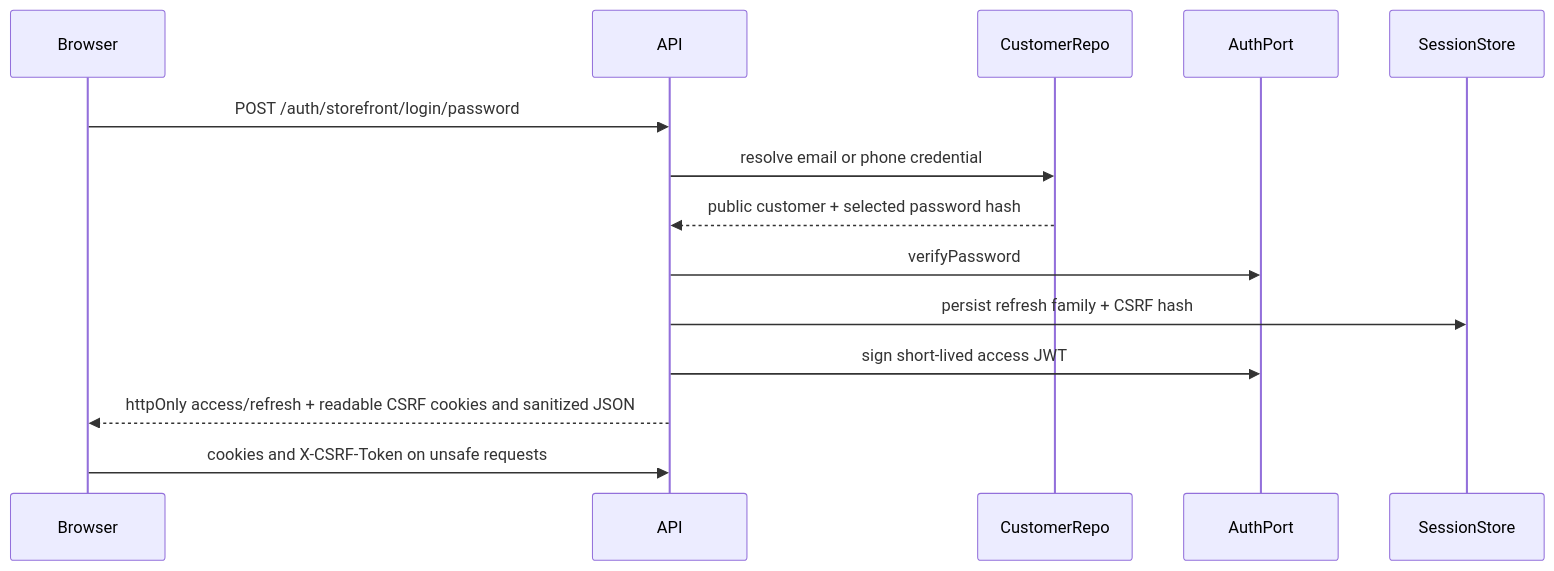
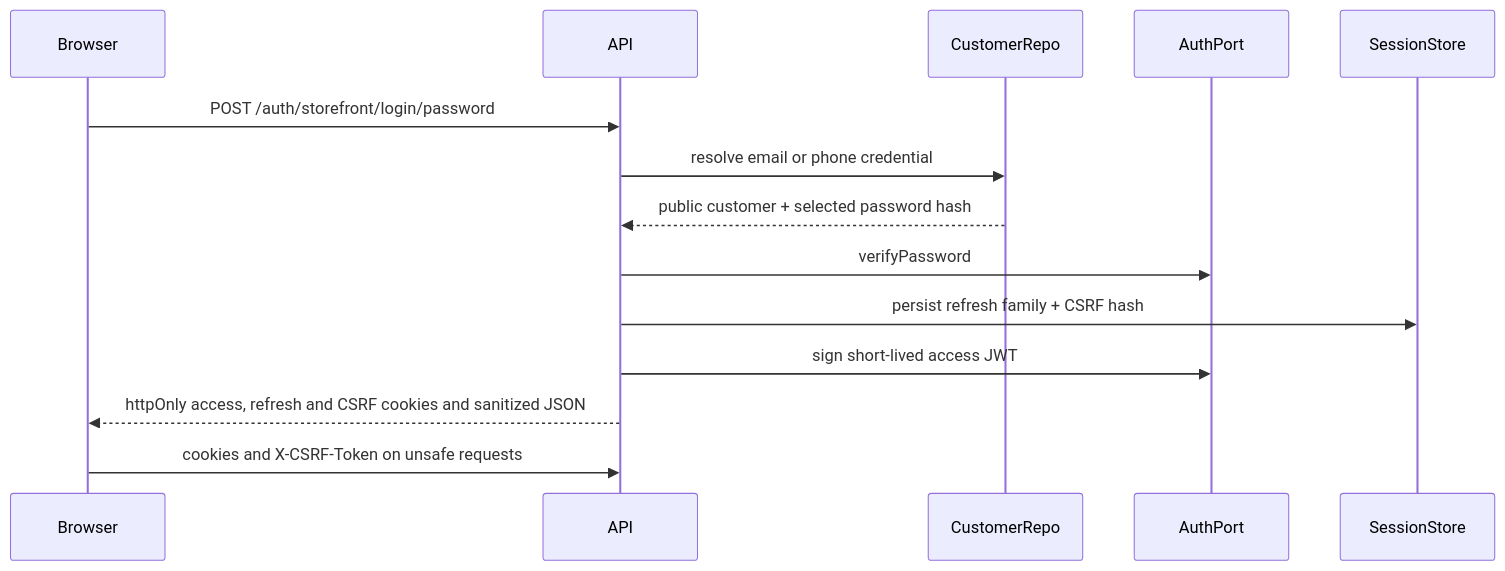
Before and after one commit to Kaizer-Systems/saha-textile: the first of 2 diagrams in docs/backend/security-and-identity.md, drawn with Mermaid. The commit also changed other lines of this file and 85 other files, not shown here.

````diff
--- a/docs/backend/security-and-identity.md
+++ b/docs/backend/security-and-identity.md
@@ -50,17 +50,17 @@
 ```mermaid
 sequenceDiagram
     participant Browser
     participant API
     participant CustomerRepo
     participant AuthPort
     participant SessionStore
 
     Browser->>API: POST /auth/storefront/login/password
     API->>CustomerRepo: resolve email or phone credential
     CustomerRepo-->>API: public customer + selected password hash
     API->>AuthPort: verifyPassword
     API->>SessionStore: persist refresh family + CSRF hash
     API->>AuthPort: sign short-lived access JWT
-    API-->>Browser: httpOnly access/refresh + readable CSRF cookies and sanitized JSON
+    API-->>Browser: httpOnly access, refresh and CSRF cookies and sanitized JSON
     Browser->>API: cookies and X-CSRF-Token on unsafe requests
 ```
````
